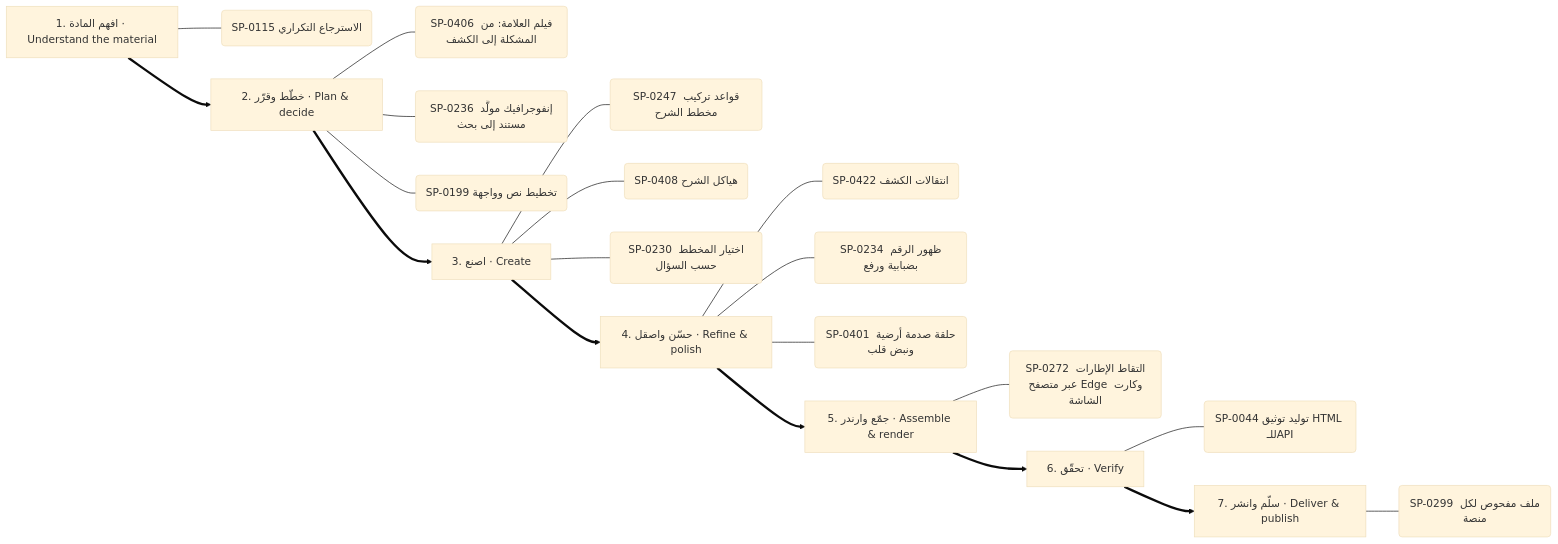
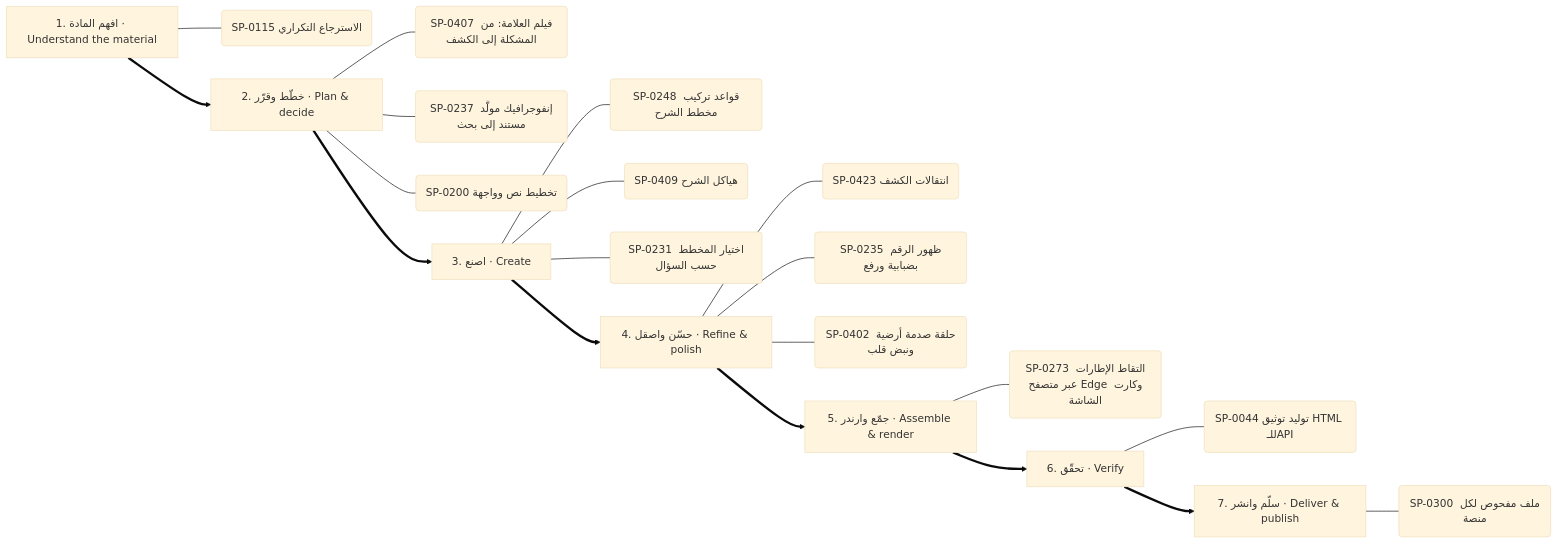
The fifth of 13 diagrams in .claude/skills/kosif-superpowers/references/capability-mindmap.md (kosif199022-jpg/kosif-tool), drawn with Mermaid (base theme) before and after one commit. The commit also changed other lines of this file and 57 other files, not shown here.

````diff
--- a/.claude/skills/kosif-superpowers/references/capability-mindmap.md
+++ b/.claude/skills/kosif-superpowers/references/capability-mindmap.md
@@ -276,29 +276,29 @@
 ```mermaid
 flowchart LR
   S0["1. افهم المادة · Understand the material"]
   S0 --- S0_0("SP-0115 الاسترجاع التكراري")
   S1["2. خطّط وقرّر · Plan & decide"]
-  S1 --- S1_0("SP-0406 فيلم العلامة: من المشكلة إلى الكشف")
-  S1 --- S1_1("SP-0236 إنفوجرافيك مولَّد مستند إلى بحث")
-  S1 --- S1_2("SP-0199 تخطيط نص وواجهة")
+  S1 --- S1_0("SP-0407 فيلم العلامة: من المشكلة إلى الكشف")
+  S1 --- S1_1("SP-0237 إنفوجرافيك مولَّد مستند إلى بحث")
+  S1 --- S1_2("SP-0200 تخطيط نص وواجهة")
   S0 ==> S1
   S2["3. اصنع · Create"]
-  S2 --- S2_0("SP-0247 قواعد تركيب مخطط الشرح")
-  S2 --- S2_1("SP-0408 هياكل الشرح")
-  S2 --- S2_2("SP-0230 اختيار المخطط حسب السؤال")
+  S2 --- S2_0("SP-0248 قواعد تركيب مخطط الشرح")
+  S2 --- S2_1("SP-0409 هياكل الشرح")
+  S2 --- S2_2("SP-0231 اختيار المخطط حسب السؤال")
   S1 ==> S2
   S3["4. حسّن واصقل · Refine & polish"]
-  S3 --- S3_0("SP-0422 انتقالات الكشف")
-  S3 --- S3_1("SP-0234 ظهور الرقم بضبابية ورفع")
-  S3 --- S3_2("SP-0401 حلقة صدمة أرضية ونبض قلب")
+  S3 --- S3_0("SP-0423 انتقالات الكشف")
+  S3 --- S3_1("SP-0235 ظهور الرقم بضبابية ورفع")
+  S3 --- S3_2("SP-0402 حلقة صدمة أرضية ونبض قلب")
   S2 ==> S3
   S4["5. جمّع وارندر · Assemble & render"]
-  S4 --- S4_0("SP-0272 التقاط الإطارات عبر متصفح Edge وكارت الشاشة")
+  S4 --- S4_0("SP-0273 التقاط الإطارات عبر متصفح Edge وكارت الشاشة")
   S3 ==> S4
   S5["6. تحقّق · Verify"]
   S5 --- S5_0("SP-0044 توليد توثيق HTML للـAPI")
   S4 ==> S5
   S6["7. سلّم وانشر · Deliver & publish"]
-  S6 --- S6_0("SP-0299 ملف مفحوص لكل منصة")
+  S6 --- S6_0("SP-0300 ملف مفحوص لكل منصة")
   S5 ==> S6
 ```
````
